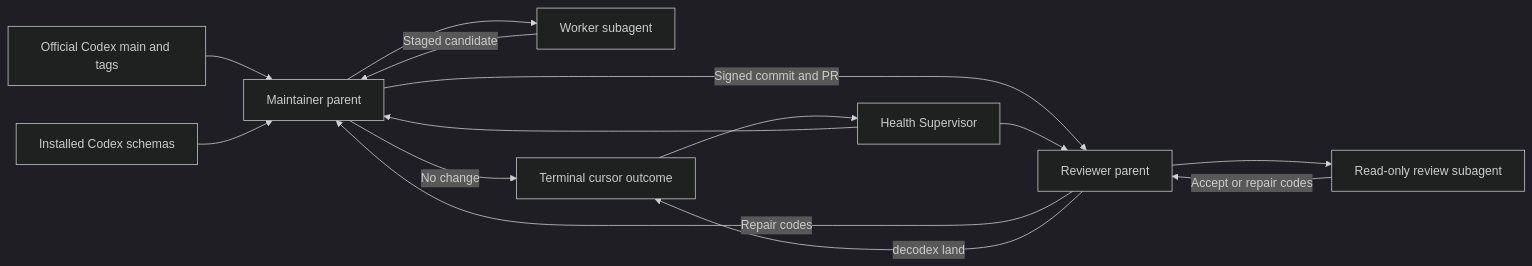
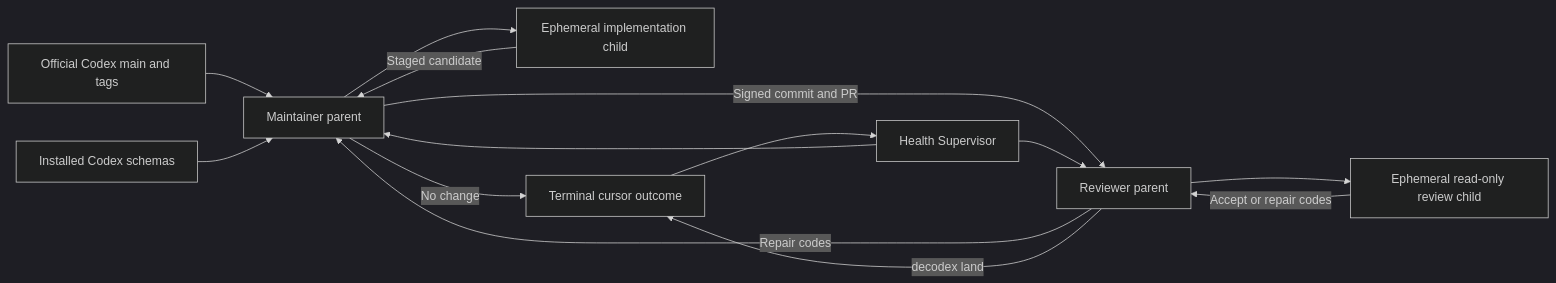
One commit to acg-box/decodex changed the diagram in openwiki/operations/codex-upstream-autopilot.md. Above: the diagram before and after it, drawn with Mermaid (dark theme). The commit also changed other lines of this file and 31 other files, not shown here.

Commit message:
{"schema":"decodex/commit/2","change":"Rebuild autonomous Codex automation operations","authority":"manual","impact":"compatible"}

````diff
--- a/openwiki/operations/codex-upstream-autopilot.md
+++ b/openwiki/operations/codex-upstream-autopilot.md
@@ -34,16 +34,16 @@
 ```mermaid
 flowchart LR
     U["Official Codex main and tags"] --> M["Maintainer parent"]
     L["Installed Codex schemas"] --> M
-    M --> W["Worker subagent"]
+    M --> W["Ephemeral implementation child"]
     W -->|"Staged candidate"| M
     M -->|"No change"| C["Terminal cursor outcome"]
     M -->|"Signed commit and PR"| R["Reviewer parent"]
-    R --> V["Read-only review subagent"]
+    R --> V["Ephemeral read-only review child"]
     V -->|"Accept or repair codes"| R
     R -->|"Repair codes"| M
     R -->|"decodex land"| C
     H["Health Supervisor"] --> M
     H --> R
     C --> H
 ```
````
